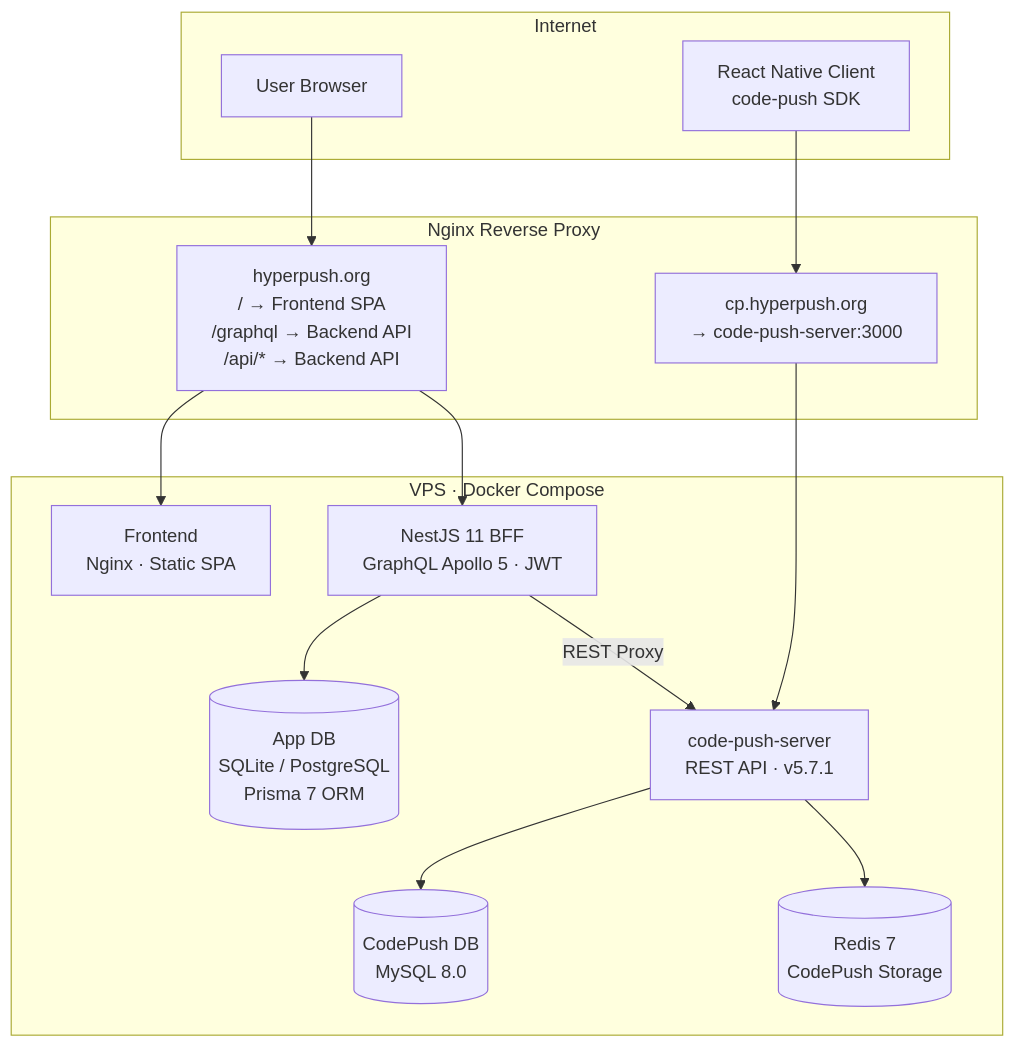
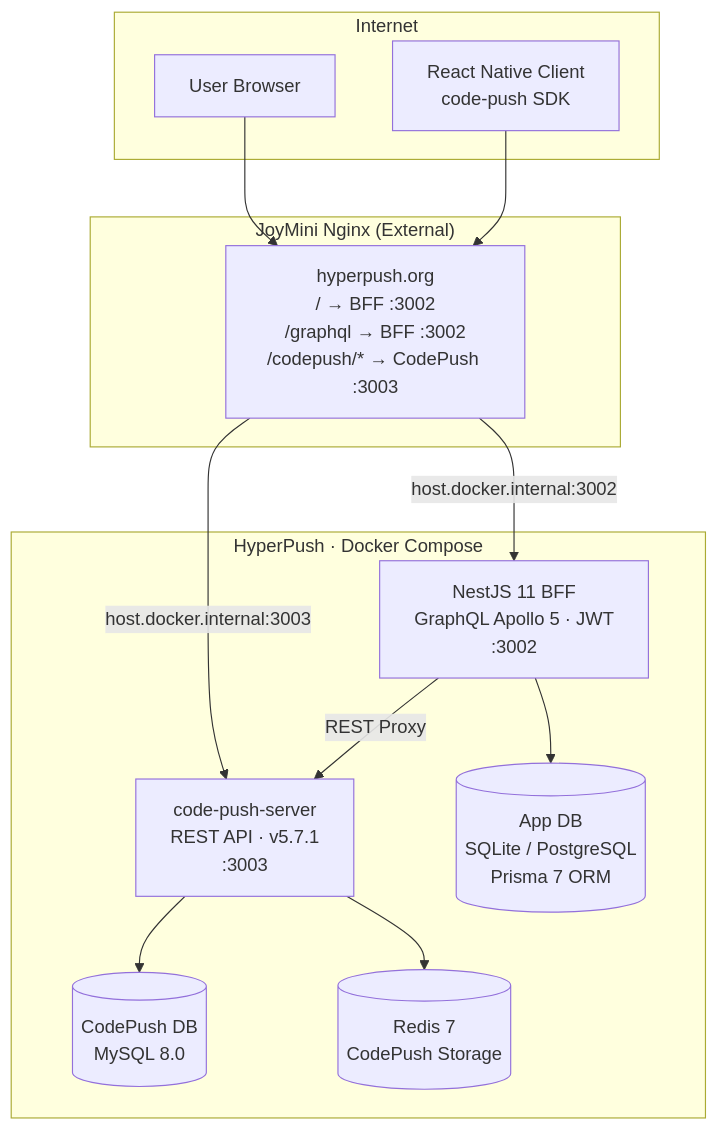
The first of 2 diagrams in README.md (MrBigPorter/hyper_push), drawn with Mermaid before and after one commit. The commit also changed other lines of this file and 3 other files, not shown here.

Commit message:
fix: update VITE_API_URL to use environment variable and remove Nginx configuration from documentation

````diff
--- a/README.md
+++ b/README.md
@@ -349,31 +328,28 @@
 ```mermaid
 graph TB
     subgraph Internet["Internet"]
         User["User Browser"]
         CPClient["React Native Client<br/>code-push SDK"]
     end
 
-    subgraph Nginx["Nginx Reverse Proxy"]
-        CP["cp.hyperpush.org<br/>→ code-push-server:3000"]
-        Console["hyperpush.org<br/>/ → Frontend SPA<br/>/graphql → Backend API<br/>/api/* → Backend API"]
+    subgraph JoyMini["JoyMini Nginx (External)"]
+        Console["hyperpush.org<br/>/ → BFF :3002<br/>/graphql → BFF :3002<br/>/codepush/* → CodePush :3003"]
     end
 
-    subgraph VPS["VPS · Docker Compose"]
-        Frontend["Frontend<br/>Nginx · Static SPA"]
-        Backend["NestJS 11 BFF<br/>GraphQL Apollo 5 · JWT"]
-        CodePush["code-push-server<br/>REST API · v5.7.1"]
+    subgraph VPS["HyperPush · Docker Compose"]
+        Backend["NestJS 11 BFF<br/>GraphQL Apollo 5 · JWT<br/>:3002"]
+        CodePush["code-push-server<br/>REST API · v5.7.1<br/>:3003"]
         DB[("App DB<br/>SQLite / PostgreSQL<br/>Prisma 7 ORM")]
         MySQL[("CodePush DB<br/>MySQL 8.0")]
         Redis[("Redis 7<br/>CodePush Storage")]
     end
 
     User --> Console
-    CPClient --> CP
-    Console --> Frontend
-    Console --> Backend
-    CP --> CodePush
+    CPClient --> Console
+    Console -->|host.docker.internal:3002| Backend
+    Console -->|host.docker.internal:3003| CodePush
     Backend --> DB
     Backend -->|REST Proxy| CodePush
     CodePush --> MySQL
     CodePush --> Redis
 ```
````
